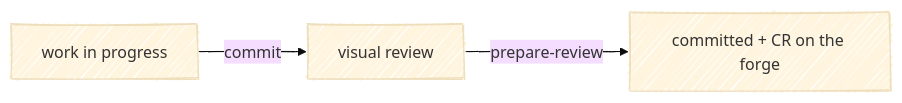
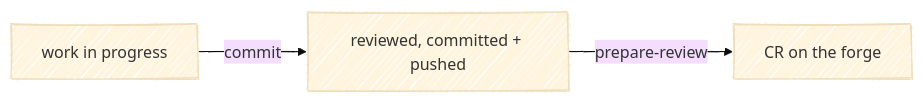
The diagram in docs/README.md (chris-peterson/anchor), drawn with Mermaid (base theme) before and after one commit. The commit also changed other lines of this file and 21 other files, not shown here.

````diff
--- a/docs/README.md
+++ b/docs/README.md
@@ -9,6 +9,6 @@
 ```mermaid
 %%{ init: { 'look': 'handDrawn' } }%%
 flowchart LR
-    WIP["work in progress"] -->|commit| Review["visual review"]
-    Review -->|prepare-review| Forge["committed + CR on the forge"]
+    WIP["work in progress"] -->|commit| Pushed["reviewed, committed + pushed"]
+    Pushed -->|prepare-review| Forge["CR on the forge"]
 ```
````
